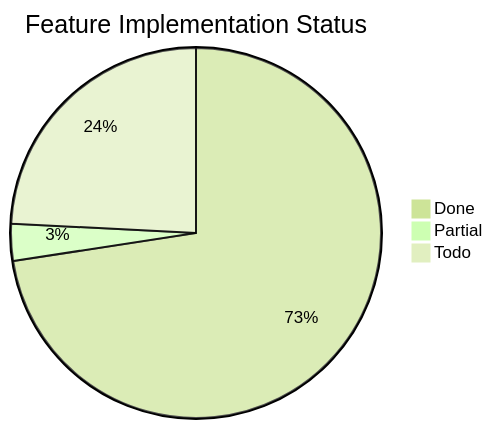
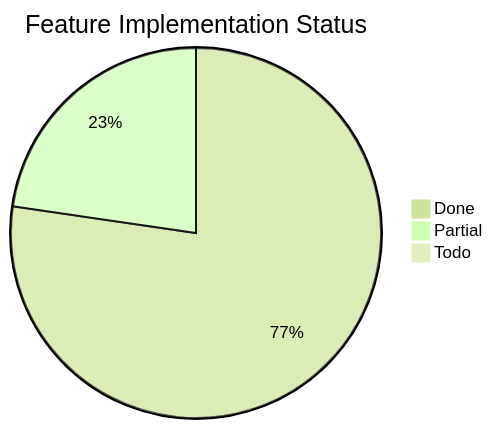
Before and after one commit to Papyrine/Morph: the third of 3 diagrams in docs/word-features.md, drawn with Mermaid (forest theme). The commit also changed other lines of this file and 463 other files, not shown here.

````diff
--- a/docs/word-features.md
+++ b/docs/word-features.md
@@ -1846,6 +1964,6 @@
 ```mermaid
 pie title Feature Implementation Status
-    "Done" : 90
-    "Partial" : 4
-    "Todo" : 30
+    "Done" : 109
+    "Partial" : 32
+    "Todo" : 0
 ```
````
